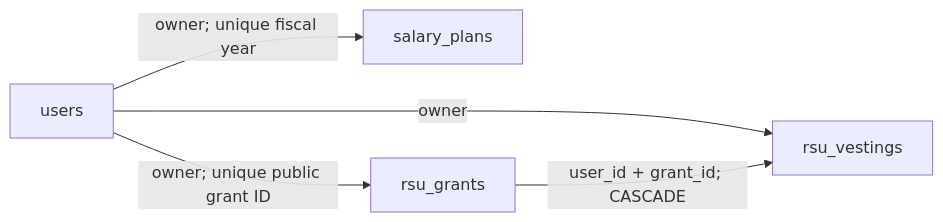
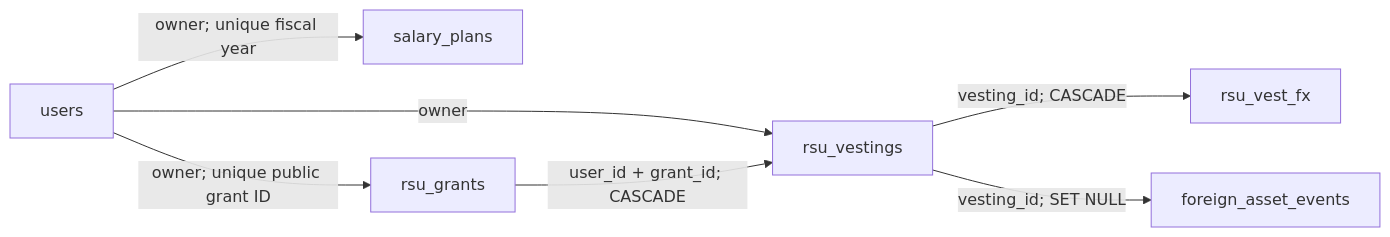
The third of 4 diagrams in docs/DATABASE_SCHEMA_REFERENCE.md (Sagargupta16/ledger-sync), drawn with Mermaid before and after one commit. The commit also changed other lines of this file and 621 other files, not shown here.

````diff
--- a/docs/DATABASE_SCHEMA_REFERENCE.md
+++ b/docs/DATABASE_SCHEMA_REFERENCE.md
@@ -139,7 +160,9 @@
 ```mermaid
 flowchart LR
   U["users"] -->|owner; unique fiscal year| SP["salary_plans"]
   U -->|owner; unique public grant ID| G["rsu_grants"]
   U -->|owner| V["rsu_vestings"]
   G -->|user_id + grant_id; CASCADE| V
+  V -->|vesting_id; CASCADE| FX["rsu_vest_fx"]
+  V -->|vesting_id; SET NULL| FE["foreign_asset_events"]
 ```
````
